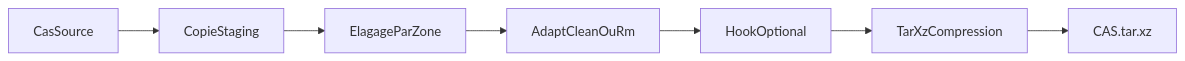
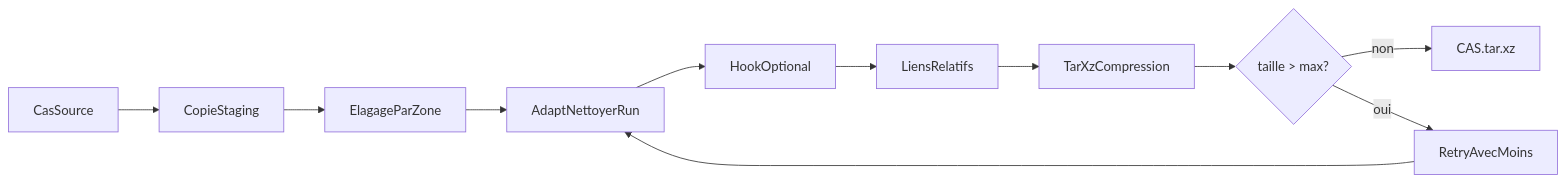
One commit to keryan-leguere/cfd-framework changed the first of 2 diagrams in docs/docs/cli/cfd-archivage-cas.md. Above: the diagram before and after it, drawn with Mermaid. The commit also changed other lines of this file and 5 other files, not shown here.

````diff
--- a/docs/docs/cli/cfd-archivage-cas.md
+++ b/docs/docs/cli/cfd-archivage-cas.md
@@ -34,9 +45,13 @@
 ```mermaid
 flowchart LR
     src[CasSource] --> copy[CopieStaging]
     copy --> prune[ElagageParZone]
-    prune --> adapt[AdaptCleanOuRm]
+    prune --> adapt[AdaptNettoyerRun]
     adapt --> hook[HookOptional]
-    hook --> tar[TarXzCompression]
-    tar --> archive["CAS.tar.xz"]
+    hook --> links[LiensRelatifs]
+    links --> tar[TarXzCompression]
+    tar --> size{taille > max?}
+    size -- non --> archive["CAS.tar.xz"]
+    size -- oui --> retry[RetryAvecMoins]
+    retry --> adapt
 ```
````
